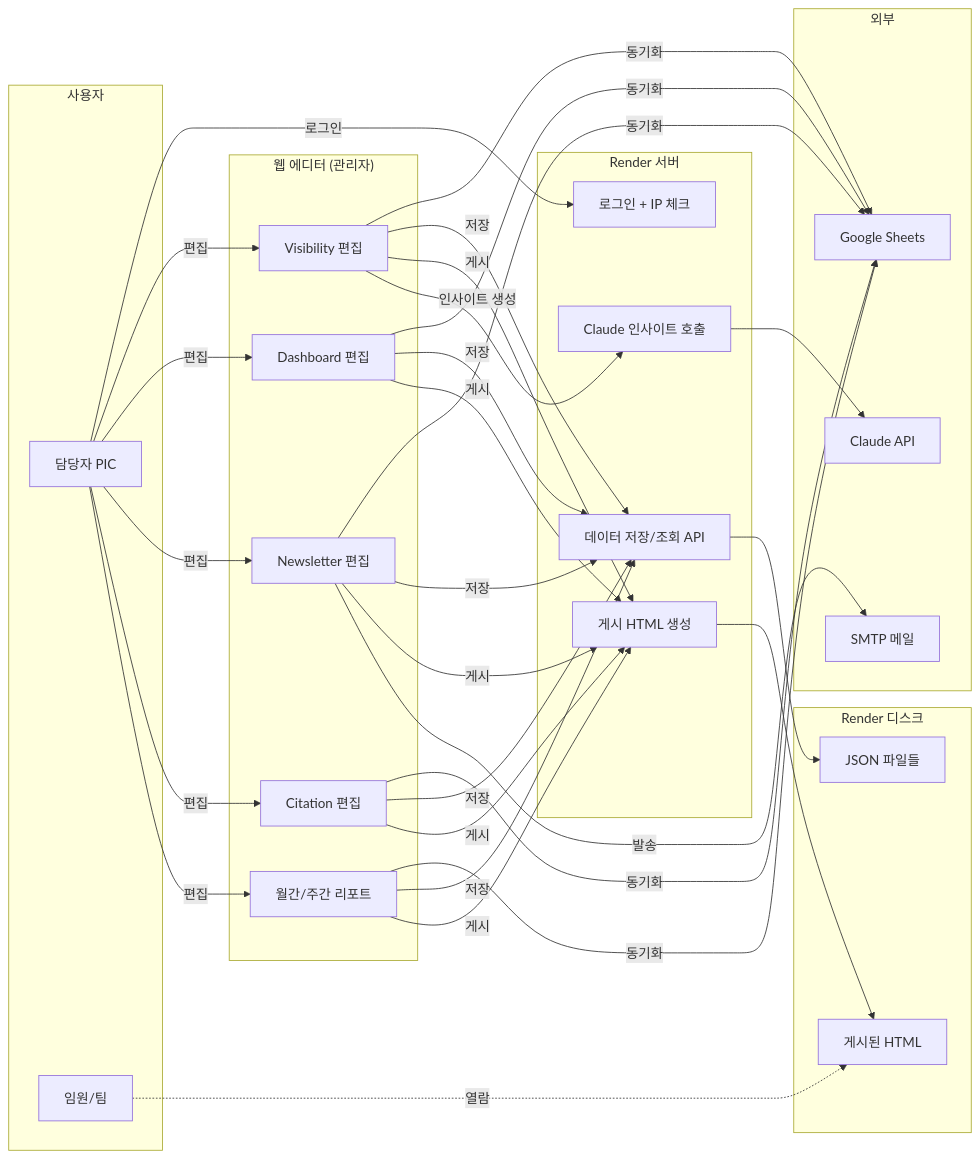
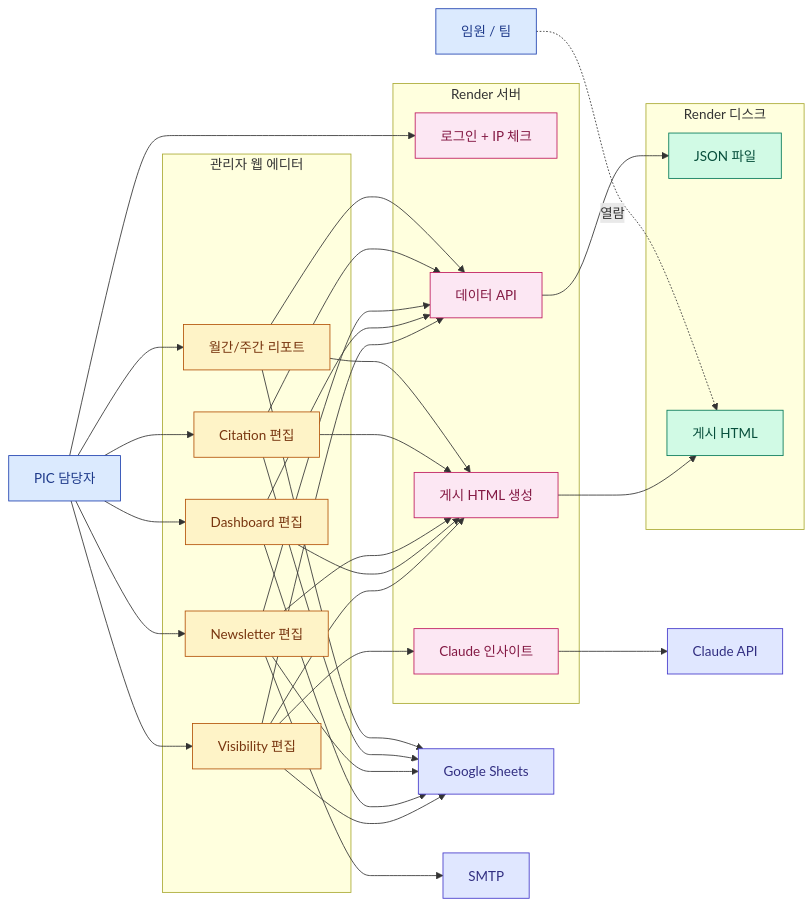
The first of 14 diagrams in docs/ADMIN_PLAN.md (mts8787-droid/my-geo-newsletter), drawn with Mermaid before and after one commit. The commit also changed other lines of this file, not shown here.

First line of the commit message:
docs: ADMIN_PLAN v3 — 각주 + 펼침 설명 + 컬러 다이어그램

````diff
--- a/docs/ADMIN_PLAN.md
+++ b/docs/ADMIN_PLAN.md
@@ -32,42 +48,44 @@
 ```mermaid
 flowchart LR
-  subgraph User["사용자"]
-    PIC[담당자 PIC]
-    Exec[임원/팀]
-  end
+  classDef user fill:#DBEAFE,stroke:#1E40AF,color:#1E3A8A
+  classDef edit fill:#FEF3C7,stroke:#B45309,color:#78350F
+  classDef server fill:#FCE7F3,stroke:#BE185D,color:#831843
+  classDef store fill:#D1FAE5,stroke:#047857,color:#064E3B
+  classDef ext fill:#E0E7FF,stroke:#4338CA,color:#312E81
 
-  subgraph Editor["웹 에디터 (관리자)"]
-    E1[Visibility 편집]
-    E2[Dashboard 편집]
-    E3[Newsletter 편집]
-    E4[Citation 편집]
-    E5[월간/주간 리포트]
+  PIC[PIC 담당자]:::user
+  Exec[임원 / 팀]:::user
+
+  subgraph Editor["관리자 웹 에디터"]
+    VE[Visibility 편집]:::edit
+    DE2[Dashboard 편집]:::edit
+    NE[Newsletter 편집]:::edit
+    CE[Citation 편집]:::edit
+    ME[월간/주간 리포트]:::edit
   end
 
   subgraph Server["Render 서버"]
-    Auth[로그인 + IP 체크]
-    API[데이터 저장/조회 API]
-    Pub[게시 HTML 생성]
-    AI[Claude 인사이트 호출]
+    Auth[로그인 + IP 체크]:::server
+    API[데이터 API]:::server
+    Pub[게시 HTML 생성]:::server
+    AI[Claude 인사이트]:::server
   end
 
   subgraph Data["Render 디스크"]
-    J[JSON 파일들]
-    H[게시된 HTML]
+    J[JSON 파일]:::store
+    H[게시 HTML]:::store
   end
 
-  subgraph Out["외부"]
-    GS[Google Sheets]
-    Mail[SMTP 메일]
-    Cl[Claude API]
-  end
+  GS[Google Sheets]:::ext
+  Mail[SMTP]:::ext
+  Cl[Claude API]:::ext
 
-  PIC -->|로그인| Auth
-  PIC -->|편집| E1 & E2 & E3 & E4 & E5
-  E1 & E2 & E3 & E4 & E5 -->|동기화| GS
-  E1 & E2 & E3 & E4 & E5 -->|저장| API --> J
-  E1 & E2 & E3 & E4 & E5 -->|게시| Pub --> H
-  E1 -->|인사이트 생성| AI --> Cl
-  E3 -->|발송| Mail
+  PIC --> Auth
+  PIC --> VE & DE2 & NE & CE & ME
+  VE & DE2 & NE & CE & ME --> GS
+  VE & DE2 & NE & CE & ME --> API --> J
+  VE & DE2 & NE & CE & ME --> Pub --> H
+  VE --> AI --> Cl
+  NE --> Mail
   Exec -.열람.-> H
 ```
````
